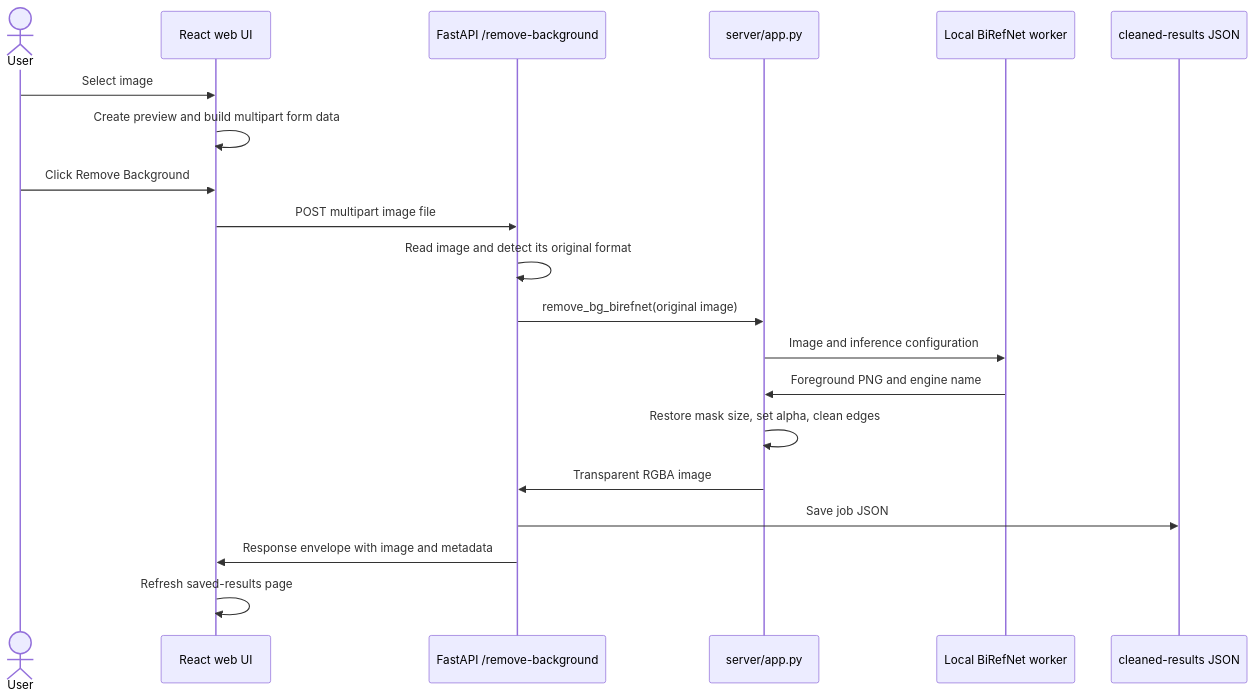
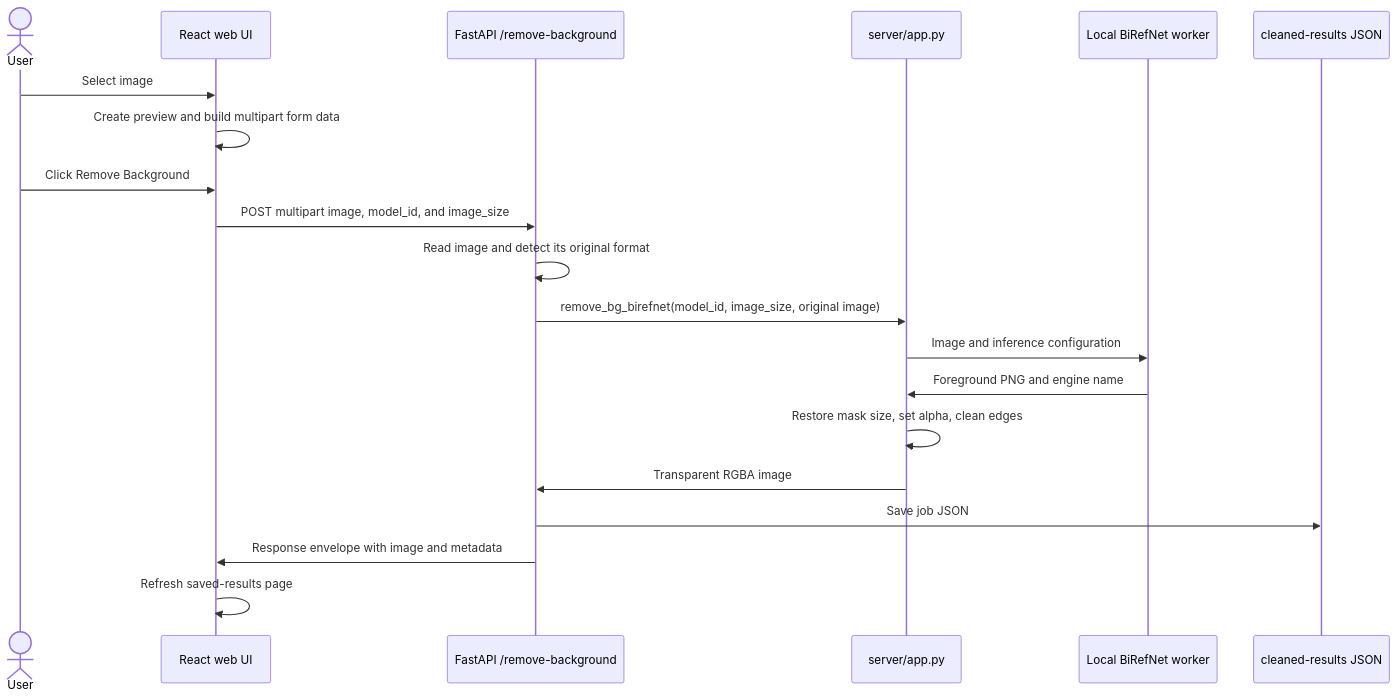
Before and after one commit to alicezuberg930/remove_background: the diagram in docs/application-flow.md, drawn with Mermaid. The commit also changed other lines of this file and 10 other files, not shown here.

````diff
--- a/docs/application-flow.md
+++ b/docs/application-flow.md
@@ -15,23 +15,23 @@
 ```mermaid
 sequenceDiagram
     actor User
     participant UI as React web UI
     participant API as FastAPI /remove-background
     participant Core as server/app.py
     participant Worker as Local BiRefNet worker
     participant Store as cleaned-results JSON
 
     User->>UI: Select image
     UI->>UI: Create preview and build multipart form data
     User->>UI: Click Remove Background
-    UI->>API: POST multipart image file
+    UI->>API: POST multipart image, model_id, and image_size
     API->>API: Read image and detect its original format
-    API->>Core: remove_bg_birefnet(original image)
+    API->>Core: remove_bg_birefnet(model_id, image_size, original image)
     Core->>Worker: Image and inference configuration
     Worker->>Core: Foreground PNG and engine name
     Core->>Core: Restore mask size, set alpha, clean edges
     Core->>API: Transparent RGBA image
     API->>Store: Save job JSON
     API->>UI: Response envelope with image and metadata
     UI->>UI: Refresh saved-results page
 ```
````
